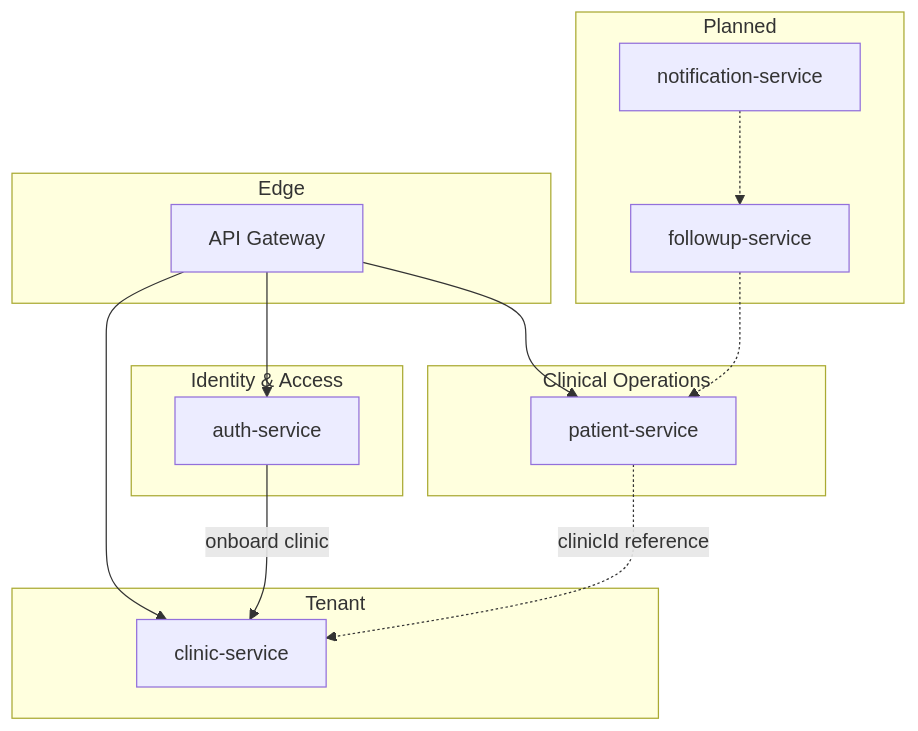
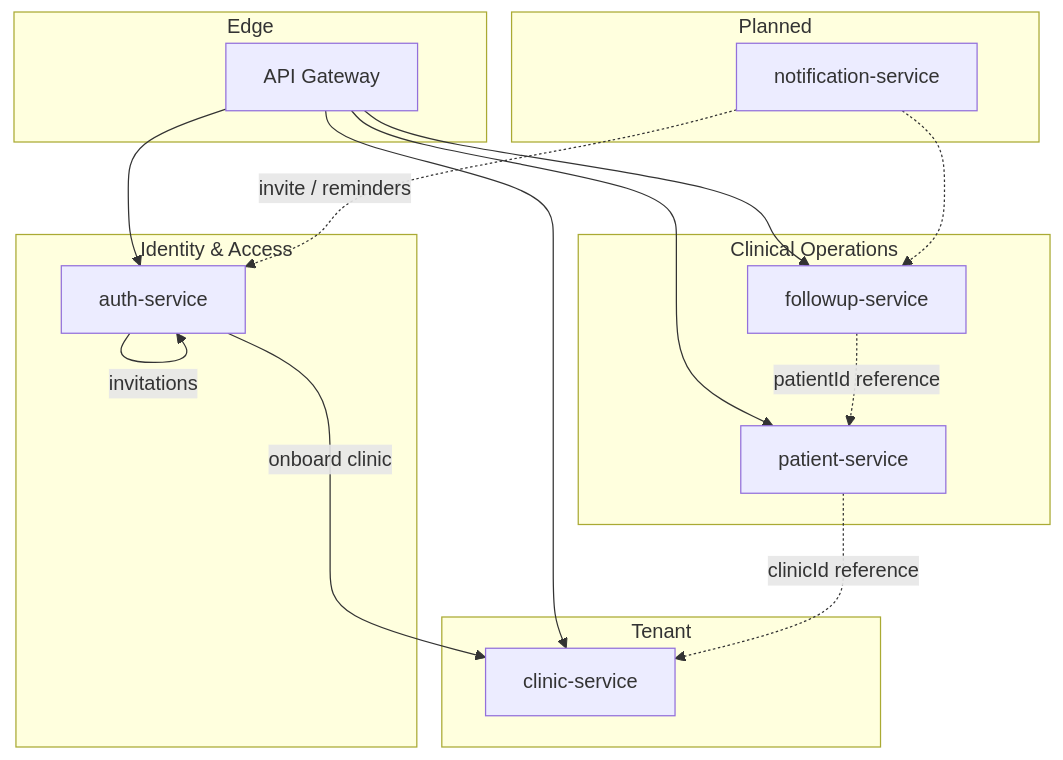
Before and after one commit to careflowhq/careflow-platform: the diagram in docs/architecture/domain-boundaries.md, drawn with Mermaid. The commit also changed other lines of this file and 8 other files, not shown here.

````diff
--- a/docs/architecture/domain-boundaries.md
+++ b/docs/architecture/domain-boundaries.md
@@ -7,31 +7,34 @@
 ```mermaid
 flowchart TB
     subgraph edge [Edge]
         GW[API Gateway]
     end
 
     subgraph identity [Identity & Access]
         AUTH[auth-service]
     end
 
     subgraph tenant [Tenant]
         CLINIC[clinic-service]
     end
 
     subgraph clinical [Clinical Operations]
         PATIENT[patient-service]
+        FOLLOWUP[followup-service]
     end
 
-    subgraph future [Planned]
-        FOLLOWUP[followup-service]
+    subgraph planned [Planned]
         NOTIFY[notification-service]
     end
 
     GW --> AUTH
     GW --> CLINIC
     GW --> PATIENT
+    GW --> FOLLOWUP
     AUTH -->|onboard clinic| CLINIC
+    AUTH -->|invitations| AUTH
     PATIENT -.->|clinicId reference| CLINIC
-    FOLLOWUP -.-> PATIENT
+    FOLLOWUP -.->|patientId reference| PATIENT
+    NOTIFY -.->|invite / reminders| AUTH
     NOTIFY -.-> FOLLOWUP
 ```
````
